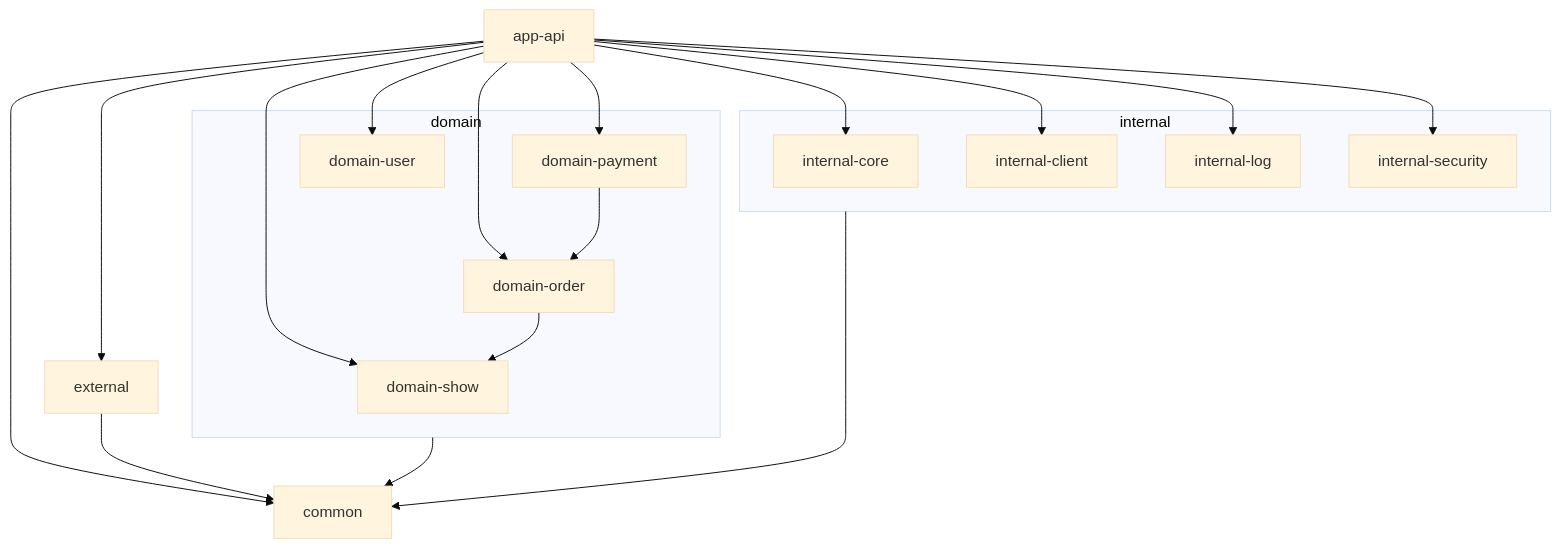
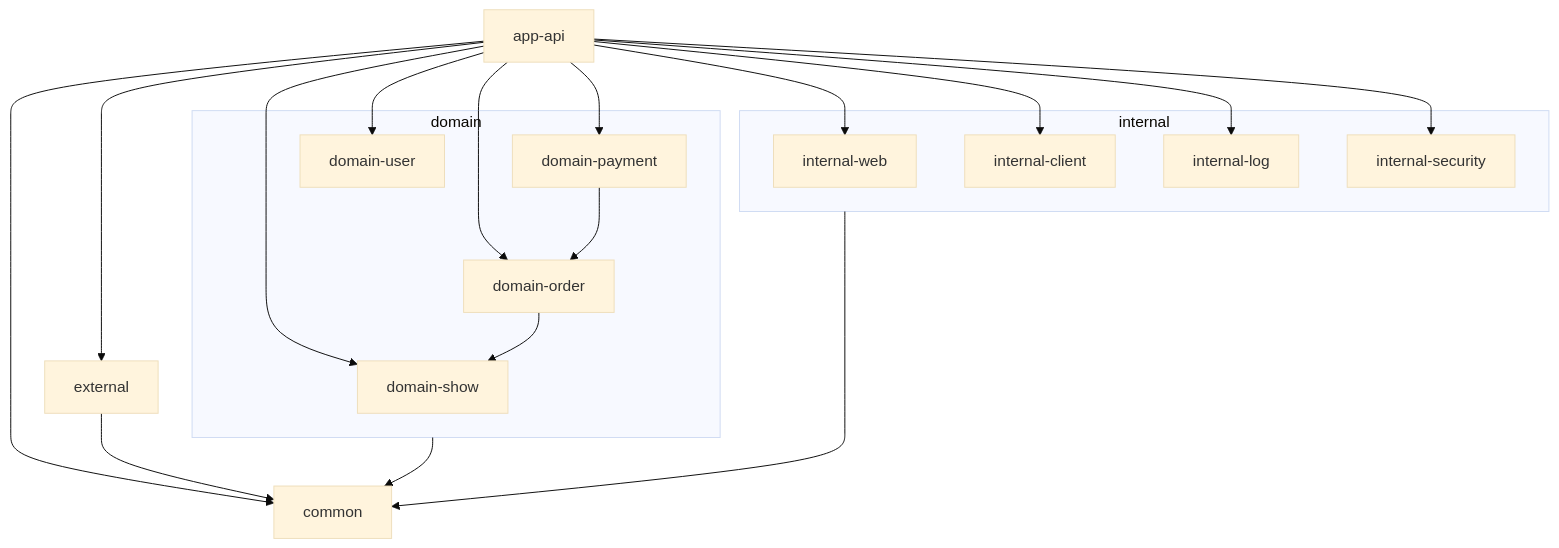
Before and after one commit to YeaChan05/ticket: the second of 2 diagrams in docs/memoir/2025.05.22.md, drawn with Mermaid (base theme). The commit also changed other lines of this file, not shown here.

Commit message:
docs: internal-core를 internal-web으로 수정
internal 구조 다이어그램에서 internal-core를 internal-web으로 변경하여 표현을 수정했습니다.

````diff
--- a/docs/memoir/2025.05.22.md
+++ b/docs/memoir/2025.05.22.md
@@ -48,34 +48,34 @@
 ```mermaid
 graph TD
     app-api --> domain-show
     app-api --> domain-payment
     app-api --> domain-user
     app-api --> domain-order
     app-api --> external
-    app-api --> internal-core
+    app-api --> internal-web
     app-api --> internal-client
     app-api --> internal-log
     app-api --> internal-security
     app-api --> common
 
     domain --> common
     domain-order --> domain-show
     domain-payment --> domain-order
 
     internal --> common
     external --> common
 
     subgraph domain
         domain-show
         domain-payment
         domain-user
         domain-order
     end
 
     subgraph internal
-        internal-core
+        internal-web
         internal-client
         internal-log
         internal-security
     end
 ```
````
